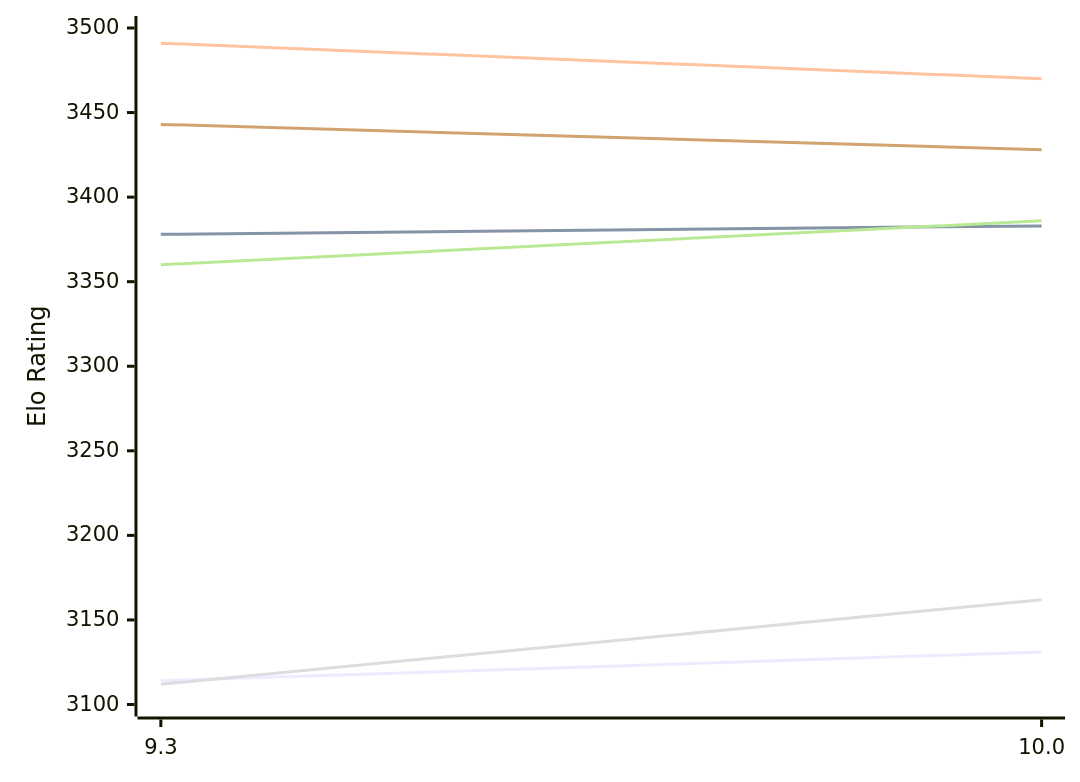
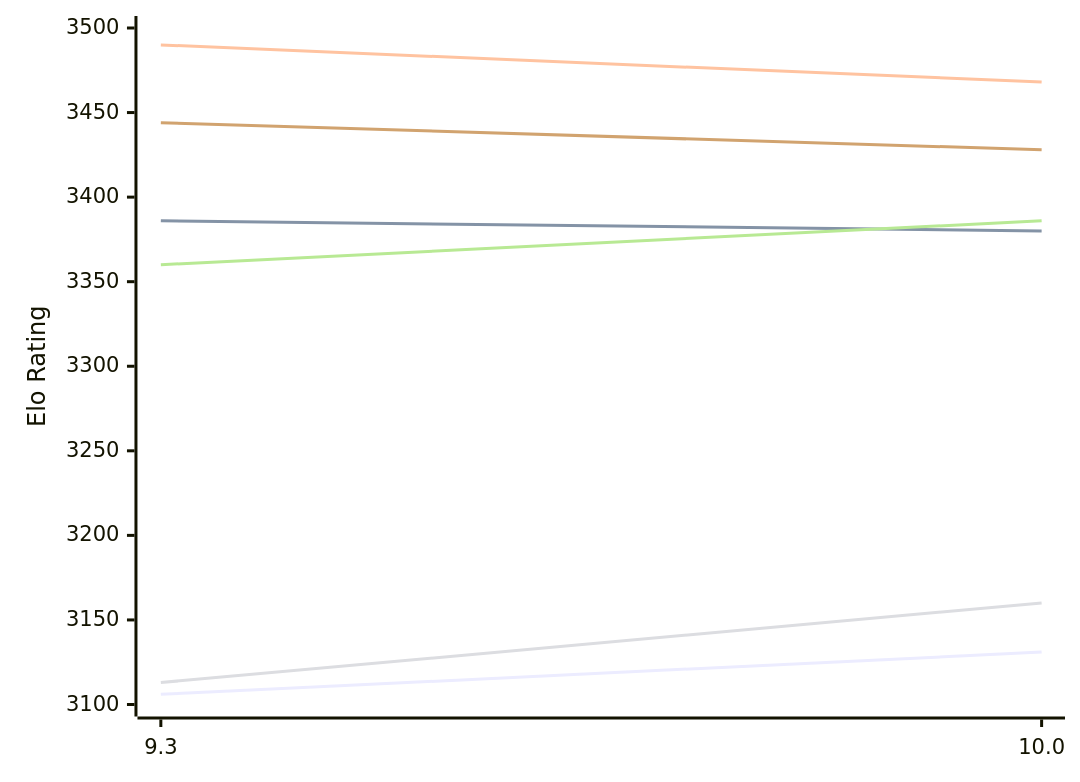
Before and after one commit to computer-chess-index/cci: the first of 2 diagrams in engines/Fire.md, drawn with Mermaid. The commit also changed other lines of this file, not shown here.

Commit message:
Update CCI Ratings (ELO VLTC) - 2026-11-28

````diff
--- a/engines/Fire.md
+++ b/engines/Fire.md
@@ -50,12 +50,12 @@
 ```mermaid
 %%{init: {"theme":"base","themeVariables":{"seriesColors:['#a3a3a3','#222221','#faa371']}}}%%
 xychart-beta
   x-axis ["9.3", "10.0"]
   y-axis "Elo Rating" 3100 --> 3500
-  line "E1: STC (8.0+0.08s)" [3114, 3131]
-  line "E1: LTC (60.0+0.60s)" [3378, 3383]
-  line "E1: VLTC (2m24s+1.12s)" [3491, 3470]
-  line "P1: STC (8.0+0.08s)" [3112, 3162]
+  line "E1: STC (8.0+0.08s)" [3106, 3131]
+  line "E1: LTC (60.0+0.60s)" [3386, 3380]
+  line "E1: VLTC (2m24s+1.12s)" [3490, 3468]
+  line "P1: STC (8.0+0.08s)" [3113, 3160]
   line "P1: LTC (60.0+0.60s)" [3360, 3386]
-  line "P1: VLTC (2m24s+1.12s)" [3443, 3428]
+  line "P1: VLTC (2m24s+1.12s)" [3444, 3428]
 ```
````
